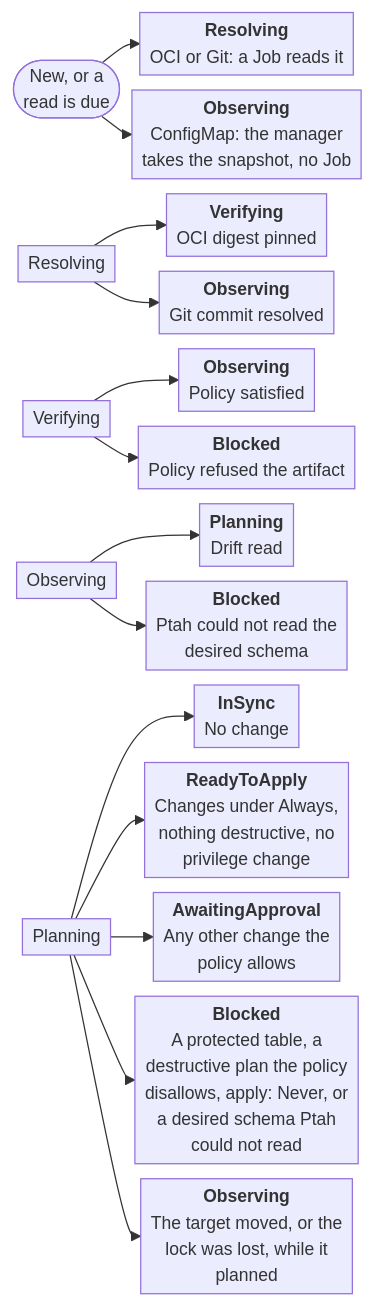
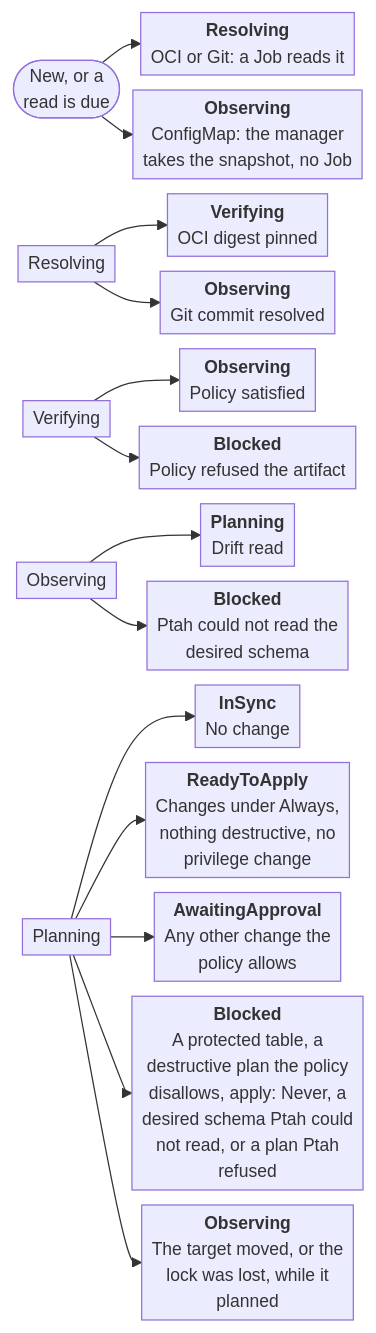
The third of 8 diagrams in docs/site/src/content/docs/reference/reconciliation.md (stokaro/ptah-operator), drawn with Mermaid before and after one commit. The commit also changed other lines of this file and 44 other files, not shown here.

First line of the commit message:
Stop a schema at Blocked when Ptah refuses to plan it (#1169)

````diff
--- a/docs/site/src/content/docs/reference/reconciliation.md
+++ b/docs/site/src/content/docs/reference/reconciliation.md
@@ -191,36 +191,36 @@
 ```mermaid
 ---
 config:
   look: classic
   themeVariables:
     fontSize: 14px
   flowchart:
     wrappingWidth: 260
     nodeSpacing: 12
     rankSpacing: 10
     padding: 4
     diagramPadding: 6
 ---
 flowchart LR
   %% status.phase
   accTitle: A schema's phases from its source to a plan's verdict
   accDescr: Resolving, Verifying, Observing and Planning lead to InSync, ReadyToApply, AwaitingApproval or Blocked. Each box on the right names the next phase and what moves the resource there.
   due(["New, or a<br/>read is due"])
   resolving["Resolving"]
   verifying["Verifying"]
   observing["Observing"]
   planning["Planning"]
   due --> dueOci["<b>Resolving</b><br/>OCI or Git: a Job reads it"]
   due --> dueConfigMap["<b>Observing</b><br/>ConfigMap: the manager<br/>takes the snapshot, no Job"]
   resolving --> resolvedOci["<b>Verifying</b><br/>OCI digest pinned"]
   resolving --> resolvedGit["<b>Observing</b><br/>Git commit resolved"]
   verifying --> verified["<b>Observing</b><br/>Policy satisfied"]
   verifying --> refused["<b>Blocked</b><br/>Policy refused the artifact"]
   observing --> observed["<b>Planning</b><br/>Drift read"]
   observing --> unreadable["<b>Blocked</b><br/>Ptah could not read the<br/>desired schema"]
   planning --> noChange["<b>InSync</b><br/>No change"]
   planning --> automatic["<b>ReadyToApply</b><br/>Changes under Always,<br/>nothing destructive, no<br/>privilege change"]
   planning --> needsApproval["<b>AwaitingApproval</b><br/>Any other change the<br/>policy allows"]
-  planning --> planRefused["<b>Blocked</b><br/>A protected table, a<br/>destructive plan the policy<br/>disallows, apply: Never, or<br/>a desired schema Ptah<br/>could not read"]
+  planning --> planRefused["<b>Blocked</b><br/>A protected table, a<br/>destructive plan the policy<br/>disallows, apply: Never, a<br/>desired schema Ptah could<br/>not read, or a plan Ptah<br/>refused"]
   planning --> replans["<b>Observing</b><br/>The target moved, or the<br/>lock was lost, while it<br/>planned"]
 ```
````
